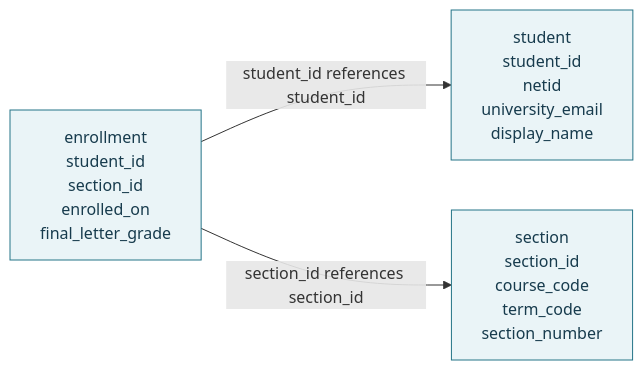
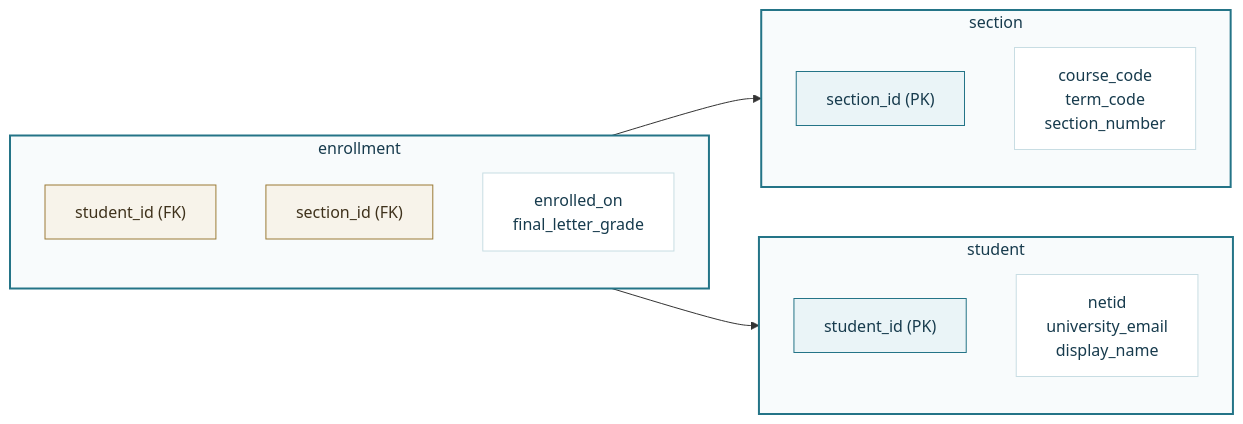
One commit to JacobDowns/CSCI340 changed the first of 2 diagrams in lectures/week-02-from-tables-to-relations.qmd. Above: the diagram before and after it, drawn with Mermaid. The commit also changed other lines of this file and 14 other files, not shown here.

````diff
--- a/lectures/week-02-from-tables-to-relations.qmd
+++ b/lectures/week-02-from-tables-to-relations.qmd
@@ -193,12 +246,34 @@
 ```{mermaid}
 flowchart LR
-    E["enrollment<br/>student_id<br/>section_id<br/>enrolled_on<br/>final_letter_grade"]
-    S["student<br/>student_id<br/>netid<br/>university_email<br/>display_name"]
-    C["section<br/>section_id<br/>course_code<br/>term_code<br/>section_number"]
+    subgraph enrollment["enrollment"]
+        direction TB
+        enrollment_student_id["student_id (FK)"]
+        enrollment_section_id["section_id (FK)"]
+        enrollment_other["enrolled_on<br/>final_letter_grade"]
+    end
 
-    E -->|"student_id references student_id"| S
-    E -->|"section_id references section_id"| C
+    subgraph student["student"]
+        direction TB
+        student_id["student_id (PK)"]
+        student_other["netid<br/>university_email<br/>display_name"]
+    end
 
-    classDef relation fill:#eaf4f7,stroke:#247487,color:#173b4d;
-    class E,S,C relation;
+    subgraph section["section"]
+        direction TB
+        section_id["section_id (PK)"]
+        section_other["course_code<br/>term_code<br/>section_number"]
+    end
+
+    enrollment_student_id --> student_id
+    enrollment_section_id --> section_id
+
+    classDef foreign fill:#f7f3ea,stroke:#9b7b36,color:#3f321c;
+    classDef primary fill:#eaf4f7,stroke:#247487,color:#173b4d;
+    classDef attribute fill:#ffffff,stroke:#c8dde3,color:#173b4d;
+    class enrollment_student_id,enrollment_section_id foreign;
+    class student_id,section_id primary;
+    class enrollment_other,student_other,section_other attribute;
+    style enrollment fill:#f8fbfc,stroke:#247487,stroke-width:2px,color:#173b4d
+    style student fill:#f8fbfc,stroke:#247487,stroke-width:2px,color:#173b4d
+    style section fill:#f8fbfc,stroke:#247487,stroke-width:2px,color:#173b4d
 ```
````
